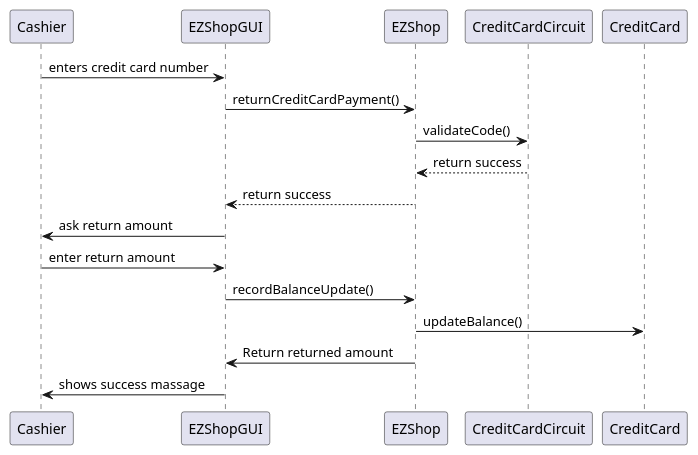
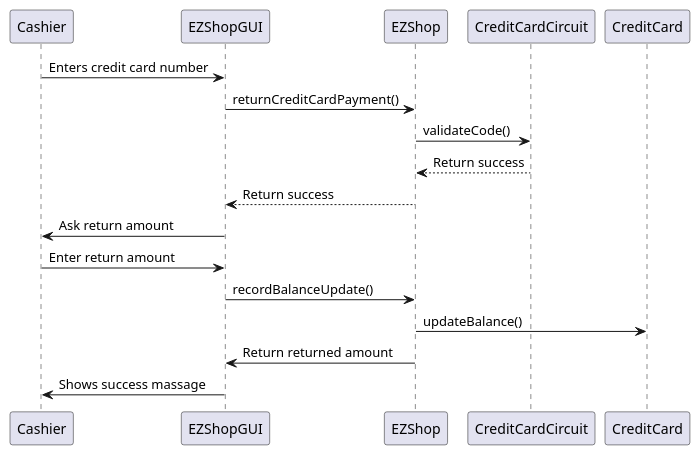
Diagram 13 of 13 in Deliverables/DesignDocument.md (polito-se2-21-r03/se1-ezshop), drawn with PlantUML before and after one commit. The commit also changed other lines of this file, not shown here.

````diff
--- a/Deliverables/DesignDocument.md
+++ b/Deliverables/DesignDocument.md
@@ -529,15 +528,15 @@
 ```plantuml
 
-Cashier -> EZShopGUI: enters credit card number
+Cashier -> EZShopGUI: Enters credit card number
 EZShopGUI -> EZShop: returnCreditCardPayment()
 EZShop -> CreditCardCircuit: validateCode()
-CreditCardCircuit --> EZShop: return success
-EZShop --> EZShopGUI: return success
-EZShopGUI -> Cashier: ask return amount
-Cashier -> EZShopGUI: enter return amount
+CreditCardCircuit --> EZShop: Return success
+EZShop --> EZShopGUI: Return success
+EZShopGUI -> Cashier: Ask return amount
+Cashier -> EZShopGUI: Enter return amount
 EZShopGUI -> EZShop: recordBalanceUpdate()
 EZShop -> CreditCard: updateBalance()
 EZShop -> EZShopGUI: Return returned amount
-EZShopGUI -> Cashier: shows success massage
+EZShopGUI -> Cashier: Shows success massage
 
 ```
````
